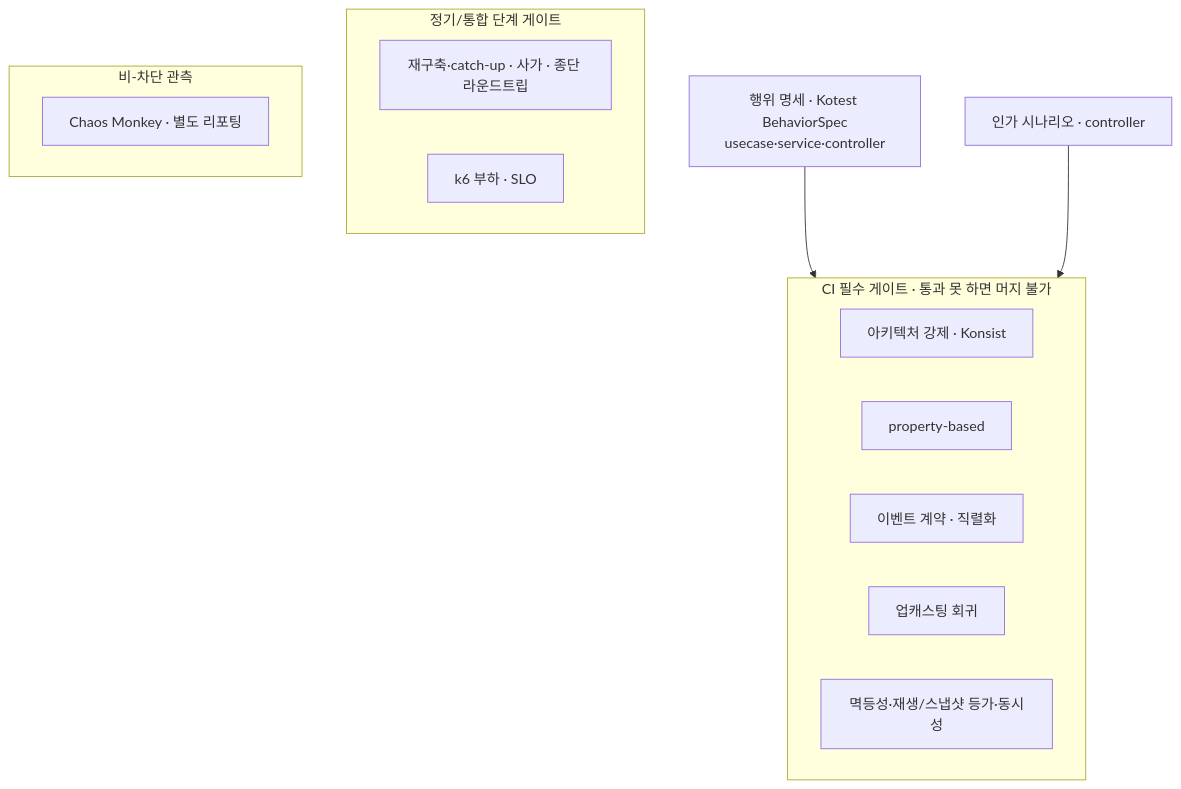
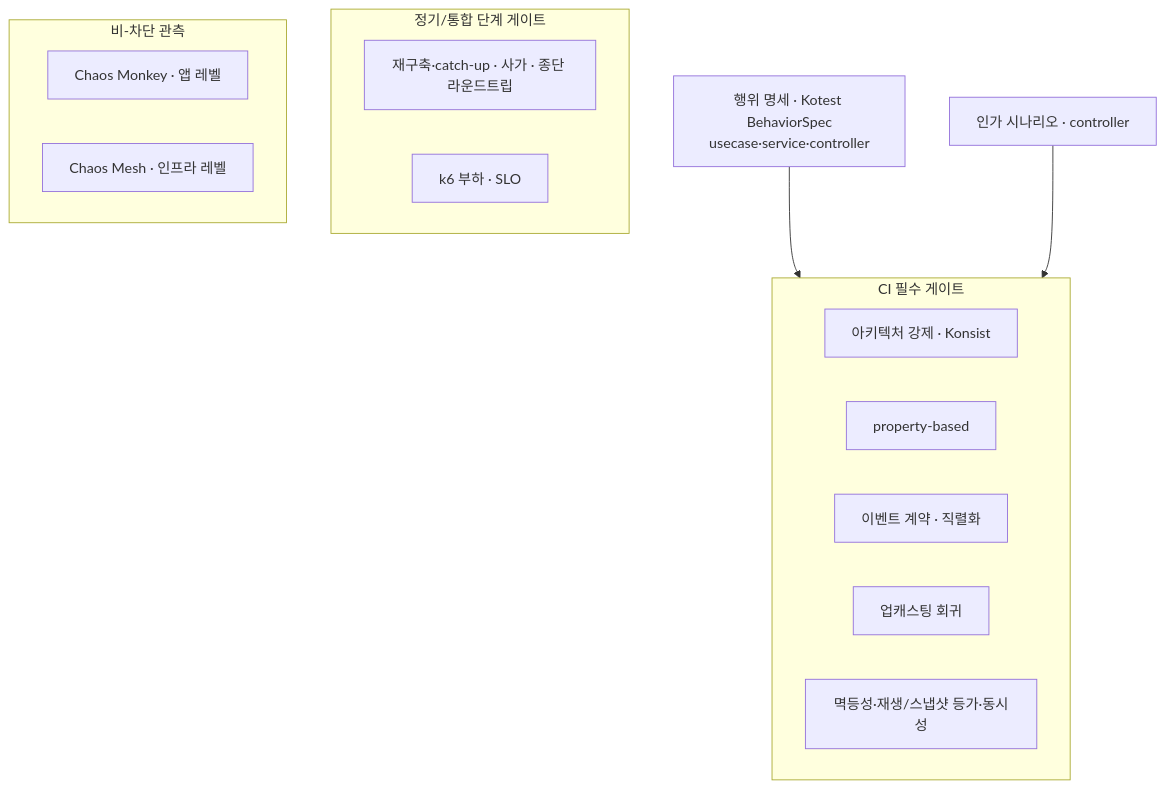
The second of 2 diagrams in docs/v2/rfc/RFC-009-testing-quality-gates.md (newkayak12/prototype-reservation-system), drawn with Mermaid before and after one commit. The commit also changed other lines of this file and 12 other files, not shown here.

````diff
--- a/docs/v2/rfc/RFC-009-testing-quality-gates.md
+++ b/docs/v2/rfc/RFC-009-testing-quality-gates.md
@@ -236,19 +164,20 @@
 ```mermaid
 graph TD
-    subgraph CI [CI 필수 게이트 · 통과 못 하면 머지 불가]
+    subgraph CI [CI 필수 게이트]
         G1[아키텍처 강제 · Konsist]
         G2[property-based]
         G3[이벤트 계약 · 직렬화]
         G4[업캐스팅 회귀]
         G5[멱등성·재생/스냅샷 등가·동시성]
     end
     subgraph PER [정기/통합 단계 게이트]
         P1[재구축·catch-up · 사가 · 종단 라운드트립]
         P2[k6 부하 · SLO]
     end
     subgraph OBS [비-차단 관측]
-        O1[Chaos Monkey · 별도 리포팅]
+        O1[Chaos Monkey · 앱 레벨]
+        O2[Chaos Mesh · 인프라 레벨]
     end
     SPEC[행위 명세 · Kotest BehaviorSpec<br/>usecase·service·controller] --> CI
     AUTHZ[인가 시나리오 · controller] --> CI
 ```
````
